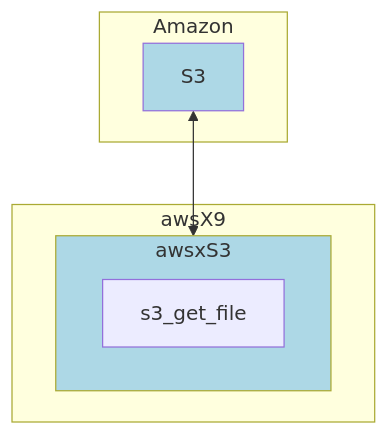
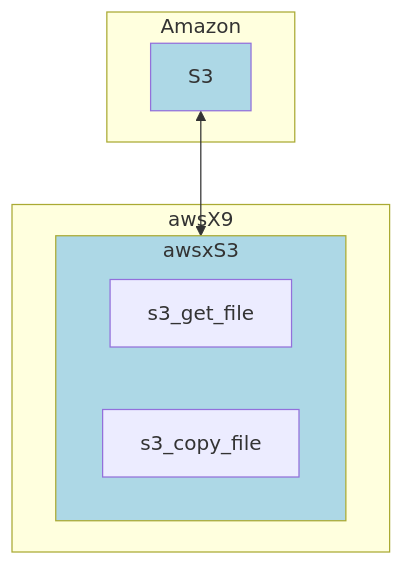
The second of 2 diagrams in README.md (lankahsu520/awsX9), drawn with Mermaid before and after one commit. The commit also changed other lines of this file and 3 other files, not shown here.

````diff
--- a/README.md
+++ b/README.md
@@ -49,22 +59,23 @@
 ```mermaid
 flowchart TD
 	subgraph Amazon
 		S3
 	end
 
 	subgraph awsX9
 		subgraph awsxS3
 			s3_get_file
+			s3_copy_file
 		end
 	end
 
 	S3<-->awsxS3
 
 	classDef yellow fill:#FFFFCC
 	classDef pink fill:#FFCCCC
 	classDef blue fill:#0000FF
 	classDef lightblue fill:#ADD8E6
 
 	class S3 lightblue
 	class awsxS3 lightblue
 ```
````
